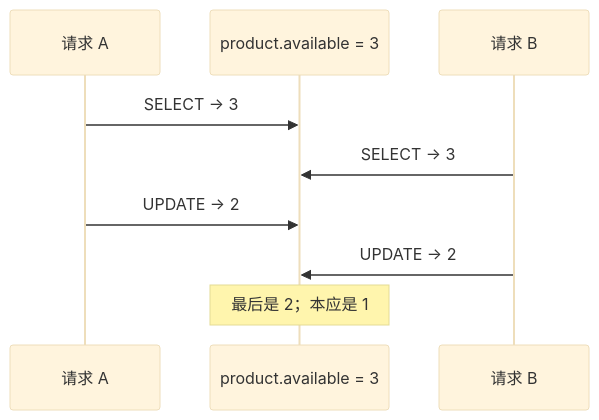
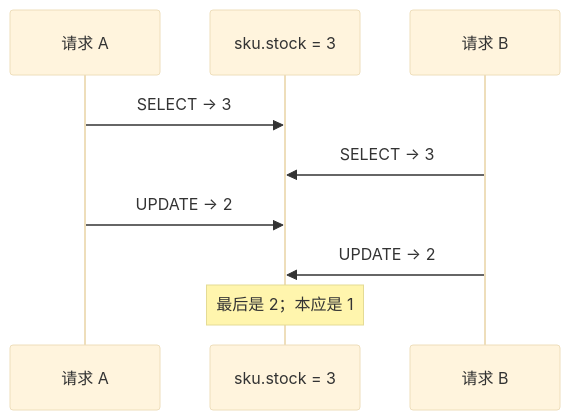
Before and after one commit to tianshiyang/ai-lab: the diagram in 锁教程/01-丢失更新/讲义.md, drawn with Mermaid (base theme). The commit also changed other lines of this file and 10 other files, not shown here.

````diff
--- a/锁教程/01-丢失更新/讲义.md
+++ b/锁教程/01-丢失更新/讲义.md
@@ -9,12 +9,12 @@
 ```mermaid
 sequenceDiagram
     participant A as 请求 A
-    participant DB as product.available = 3
+    participant DB as sku.stock = 3
     participant B as 请求 B
 
     A->>DB: SELECT → 3
     B->>DB: SELECT → 3
     A->>DB: UPDATE → 2
     B->>DB: UPDATE → 2
     Note over DB: 最后是 2；本应是 1
 ```
````
